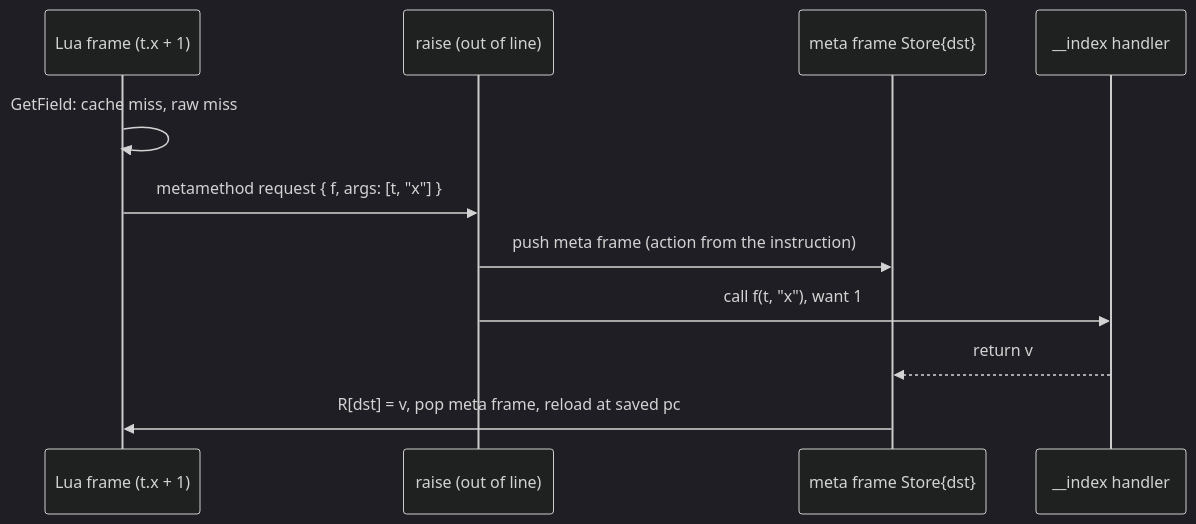
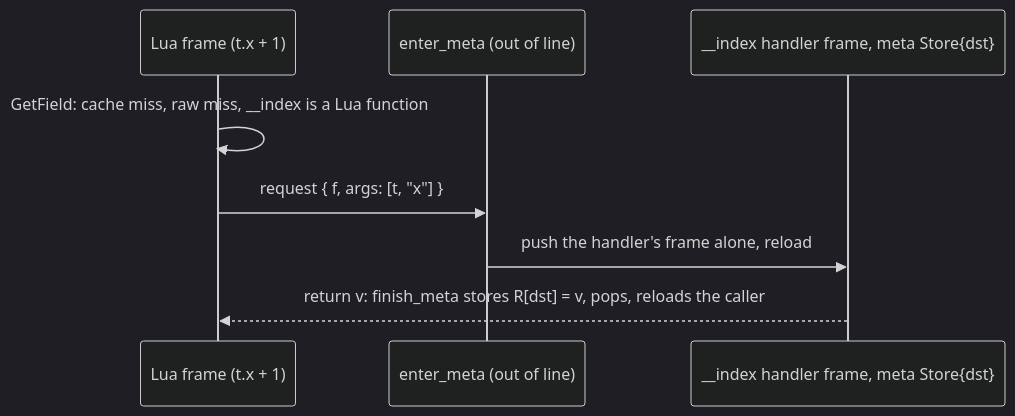
The first of 2 diagrams in docs/design/vm-semantics.md (orbitscript-lang/OrbitScript), drawn with Mermaid (dark theme) before and after one commit. The commit also changed other lines of this file and 8 other files, not shown here.

First line of the commit message:
Run a Lua metamethod handler on one frame

````diff
--- a/docs/design/vm-semantics.md
+++ b/docs/design/vm-semantics.md
@@ -93,13 +99,10 @@
 ```mermaid
 sequenceDiagram
     participant L as Lua frame (t.x + 1)
-    participant R as raise (out of line)
-    participant M as meta frame Store{dst}
-    participant H as __index handler
-    L->>L: GetField: cache miss, raw miss
-    L->>R: metamethod request { f, args: [t, "x"] }
-    R->>M: push meta frame (action from the instruction)
-    R->>H: call f(t, "x"), want 1
-    H-->>M: return v
-    M->>L: R[dst] = v, pop meta frame, reload at saved pc
+    participant E as enter_meta (out of line)
+    participant H as __index handler frame, meta Store{dst}
+    L->>L: GetField: cache miss, raw miss, __index is a Lua function
+    L->>E: request { f, args: [t, "x"] }
+    E->>H: push the handler's frame alone, reload
+    H-->>L: return v: finish_meta stores R[dst] = v, pops, reloads the caller
 ```
````
